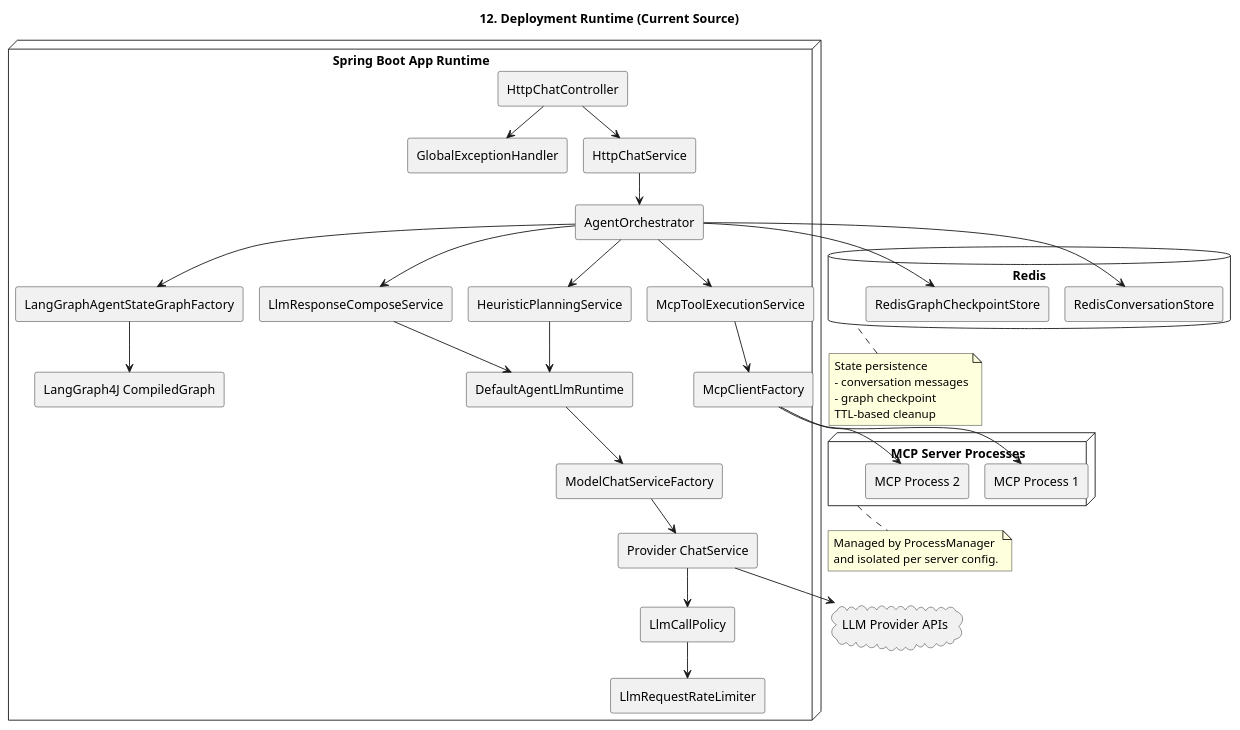
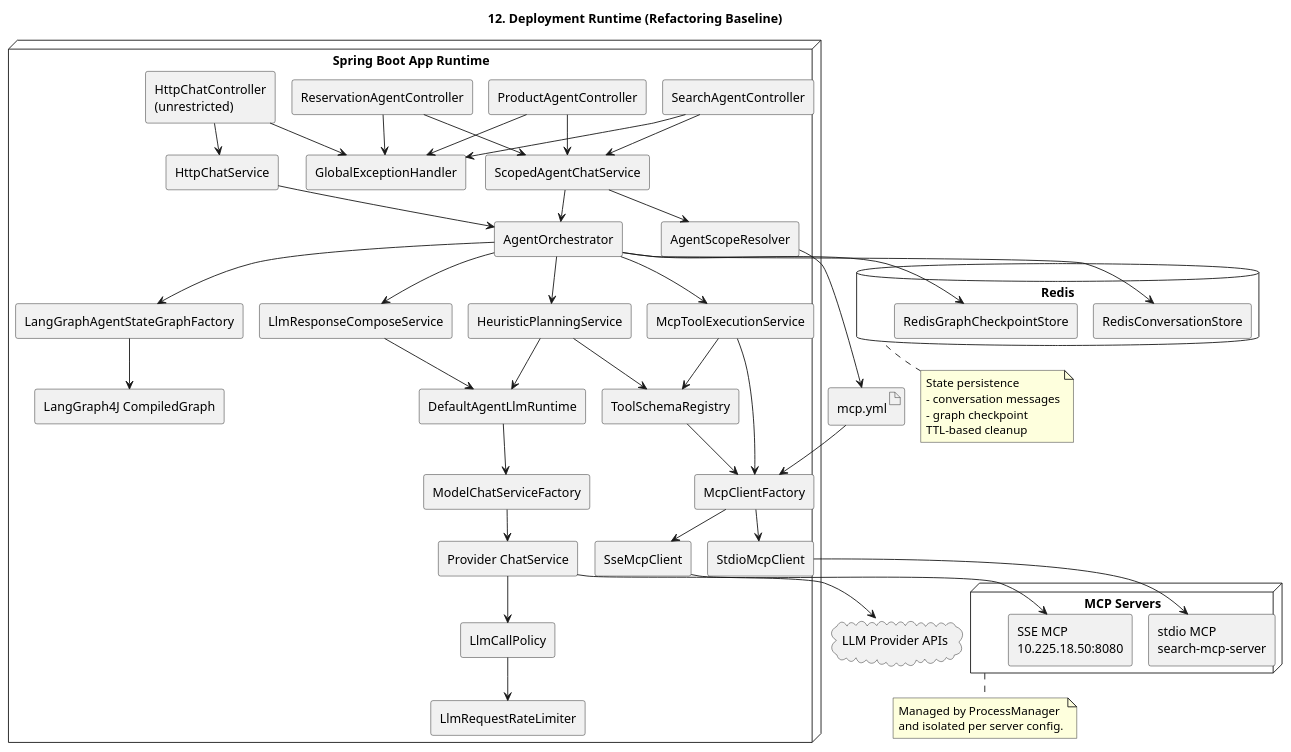
Before and after one commit to kim57uak/spring-ai: the diagram in documents/mcp-orchestrator-architecture/12-deployment-runtime.puml, drawn with PlantUML. The commit also changed 63 other files, not shown here.

```diff
--- a/documents/mcp-orchestrator-architecture/12-deployment-runtime.puml
+++ b/documents/mcp-orchestrator-architecture/12-deployment-runtime.puml
@@ -1,71 +1,96 @@
 @startuml
 !pragma layout smetana
-title 12. Deployment Runtime (Current Source)
+title 12. Deployment Runtime (Refactoring Baseline)
 
 skinparam shadowing false
 skinparam componentStyle rectangle
 
 node "Spring Boot App Runtime" {
-  [HttpChatController] as Controller
+  [HttpChatController\n(unrestricted)] as HttpController
+  [ProductAgentController] as ProductController
+  [ReservationAgentController] as ReservationController
+  [SearchAgentController] as SearchController
   [GlobalExceptionHandler] as Advice
-  [HttpChatService] as ChatService
+  [HttpChatService] as HttpChatService
+  [ScopedAgentChatService] as ScopedChatService
+  [AgentScopeResolver] as ScopeResolver
   [AgentOrchestrator] as Orchestrator
   [LangGraphAgentStateGraphFactory] as GraphFactory
   [LangGraph4J CompiledGraph] as CompiledGraph
   [HeuristicPlanningService] as PlanningService
   [McpToolExecutionService] as ToolExecutionService
   [LlmResponseComposeService] as ComposeService
   [DefaultAgentLlmRuntime] as LlmRuntime
   [ModelChatServiceFactory] as ChatFactory
   [Provider ChatService] as ProviderChatService
   [McpClientFactory] as McpClientFactory
+  [ToolSchemaRegistry] as ToolSchemaRegistry
+  [SseMcpClient] as SseMcpClient
+  [StdioMcpClient] as StdioMcpClient
   [LlmCallPolicy] as LlmPolicy
   [LlmRequestRateLimiter] as LlmRateLimiter
 }
 
 database "Redis" as Redis {
   [RedisConversationStore] as ConversationStore
   [RedisGraphCheckpointStore] as CheckpointStore
 }
 
 cloud "LLM Provider APIs" as Providers
 
-node "MCP Server Processes" as McpServers {
-  [MCP Process 1] as Mcp1
-  [MCP Process 2] as Mcp2
+node "MCP Servers" as McpServers {
+  [SSE MCP\n10.225.18.50:8080] as SseMcp
+  [stdio MCP\nsearch-mcp-server] as StdioMcp
 }
 
-Controller --> ChatService
-Controller --> Advice
-ChatService --> Orchestrator
+artifact "mcp.yml" as McpYml
+
+HttpController --> HttpChatService
+ProductController --> ScopedChatService
+ReservationController --> ScopedChatService
+SearchController --> ScopedChatService
+HttpController --> Advice
+ProductController --> Advice
+ReservationController --> Advice
+SearchController --> Advice
+ScopedChatService --> ScopeResolver
+ScopeResolver --> McpYml
+HttpChatService --> Orchestrator
+ScopedChatService --> Orchestrator
 Orchestrator --> GraphFactory
 GraphFactory --> CompiledGraph
 Orchestrator --> PlanningService
 Orchestrator --> ToolExecutionService
 Orchestrator --> ComposeService
 Orchestrator --> ConversationStore
 Orchestrator --> CheckpointStore
 PlanningService --> LlmRuntime
 ComposeService --> LlmRuntime
 LlmRuntime --> ChatFactory
 ChatFactory --> ProviderChatService
 ProviderChatService --> LlmPolicy
 LlmPolicy --> LlmRateLimiter
 ProviderChatService --> Providers
 ToolExecutionService --> McpClientFactory
-McpClientFactory --> Mcp1
-McpClientFactory --> Mcp2
+PlanningService --> ToolSchemaRegistry
+ToolExecutionService --> ToolSchemaRegistry
+ToolSchemaRegistry --> McpClientFactory
+McpYml --> McpClientFactory
+McpClientFactory --> SseMcpClient
+McpClientFactory --> StdioMcpClient
+SseMcpClient --> SseMcp
+StdioMcpClient --> StdioMcp
 
 note bottom of Redis
 State persistence
 - conversation messages
 - graph checkpoint
 TTL-based cleanup
 end note
 
 note bottom of McpServers
 Managed by ProcessManager
 and isolated per server config.
 end note
 
 @enduml
```
